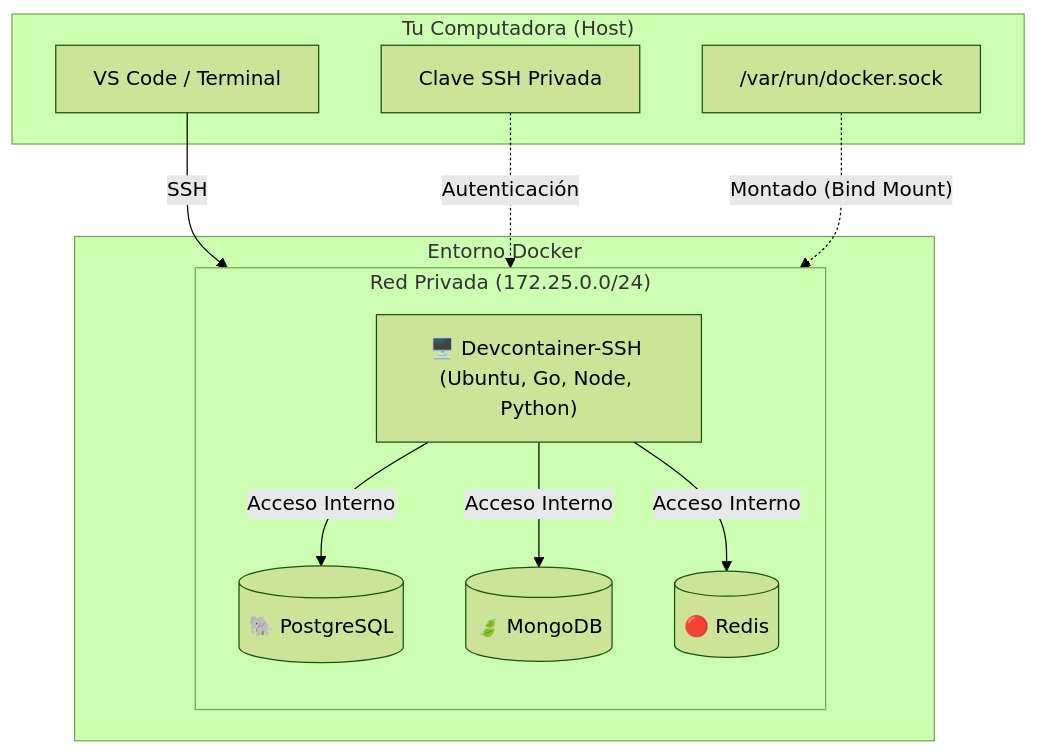
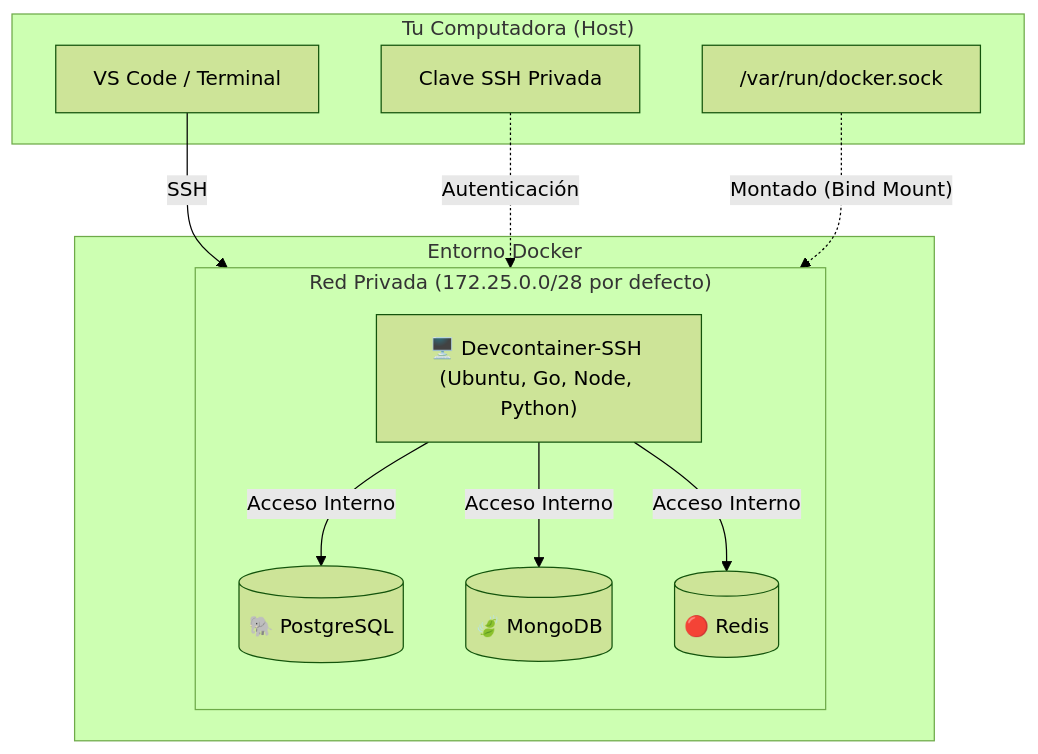
Before and after one commit to Joacohbc/my-devcontainer-installer: the first of 4 diagrams in README.md, drawn with Mermaid (forest theme). The commit also changed other lines of this file and 2 other files, not shown here.

````diff
--- a/README.md
+++ b/README.md
@@ -11,30 +11,30 @@
 ```mermaid
 graph TD
     subgraph Host["Tu Computadora (Host)"]
         VSCode["VS Code / Terminal"]
         SSHKey["Clave SSH Privada"]
         DockerSock["/var/run/docker.sock"]
     end
 
     subgraph DockerEnv["Entorno Docker"]
         
-        subgraph Services["Red Privada (172.25.0.0/24)"]
+        subgraph Services["Red Privada (172.25.0.0/28 por defecto)"]
             direction TB
             DevContainer["🖥️ Devcontainer-SSH (Ubuntu, Go, Node, Python)"]
             Postgres[("🐘 PostgreSQL")]
             Mongo[("🍃 MongoDB")]
             Redis[("🔴 Redis")]
         end
 
     end
 
     %% Conexiones
     VSCode -- "SSH" --> DevContainer
     SSHKey -. "Autenticación" .-> DevContainer
     
     DevContainer -- "Acceso Interno" --> Postgres
     DevContainer -- "Acceso Interno" --> Mongo
     DevContainer -- "Acceso Interno" --> Redis
     
     DockerSock -. "Montado (Bind Mount)" .-> DevContainer
 ```
````
